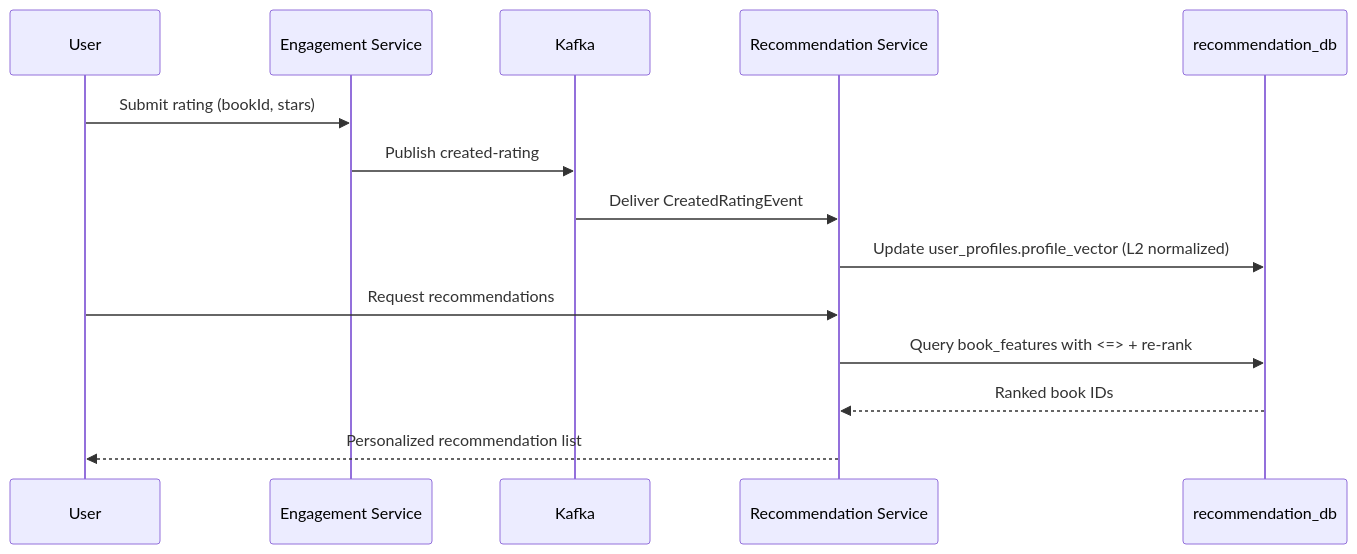
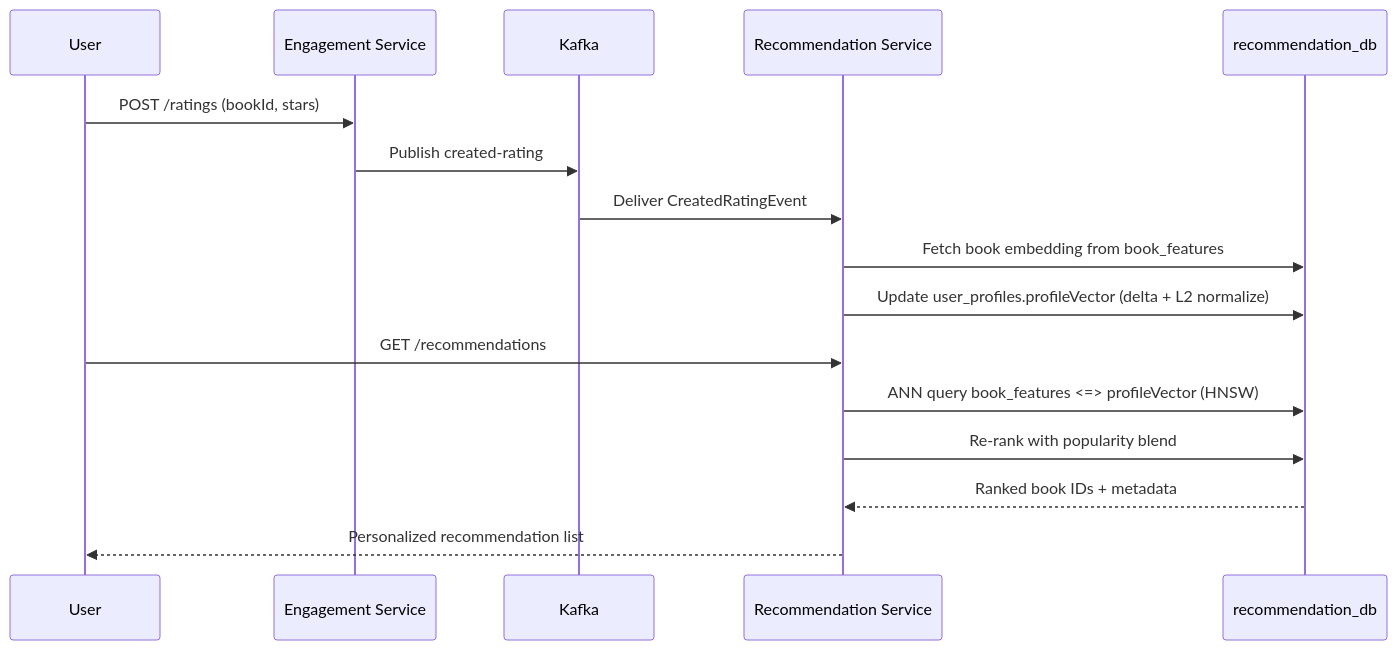
Before and after one commit to Luca5Eckert/VellumHub: the fourth of 4 diagrams in README.md, drawn with Mermaid. The commit also changed other lines of this file, not shown here.

First line of the commit message:
update: change README to update architecture and features

````diff
--- a/README.md
+++ b/README.md
@@ -189,18 +301,20 @@
 ```mermaid
 sequenceDiagram
     participant User
     participant ES as Engagement Service
     participant K as Kafka
     participant RS as Recommendation Service
     participant DB as recommendation_db
 
-    User->>ES: Submit rating (bookId, stars)
+    User->>ES: POST /ratings (bookId, stars)
     ES->>K: Publish created-rating
     K->>RS: Deliver CreatedRatingEvent
-    RS->>DB: Update user_profiles.profile_vector (L2 normalized)
+    RS->>DB: Fetch book embedding from book_features
+    RS->>DB: Update user_profiles.profileVector (delta + L2 normalize)
 
-    User->>RS: Request recommendations
-    RS->>DB: Query book_features with <=> + re-rank
-    DB-->>RS: Ranked book IDs
+    User->>RS: GET /recommendations
+    RS->>DB: ANN query book_features <=> profileVector (HNSW)
+    RS->>DB: Re-rank with popularity blend
+    DB-->>RS: Ranked book IDs + metadata
     RS-->>User: Personalized recommendation list
 ```
````
